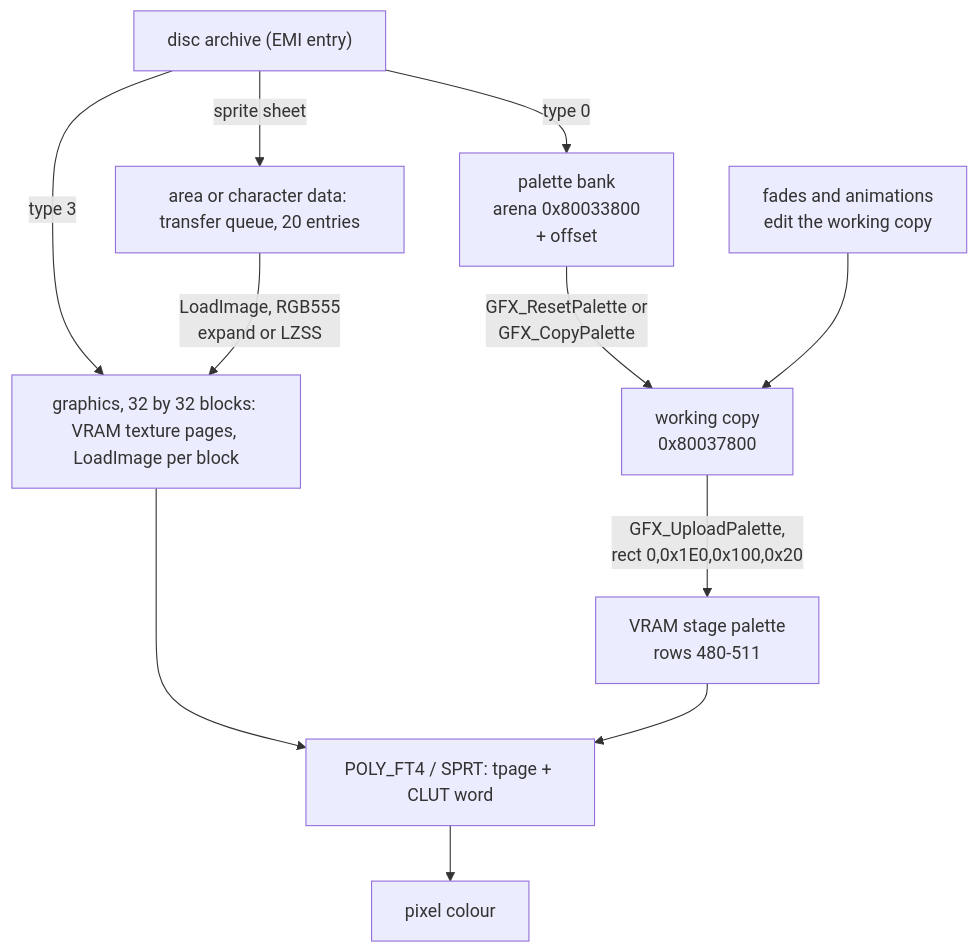
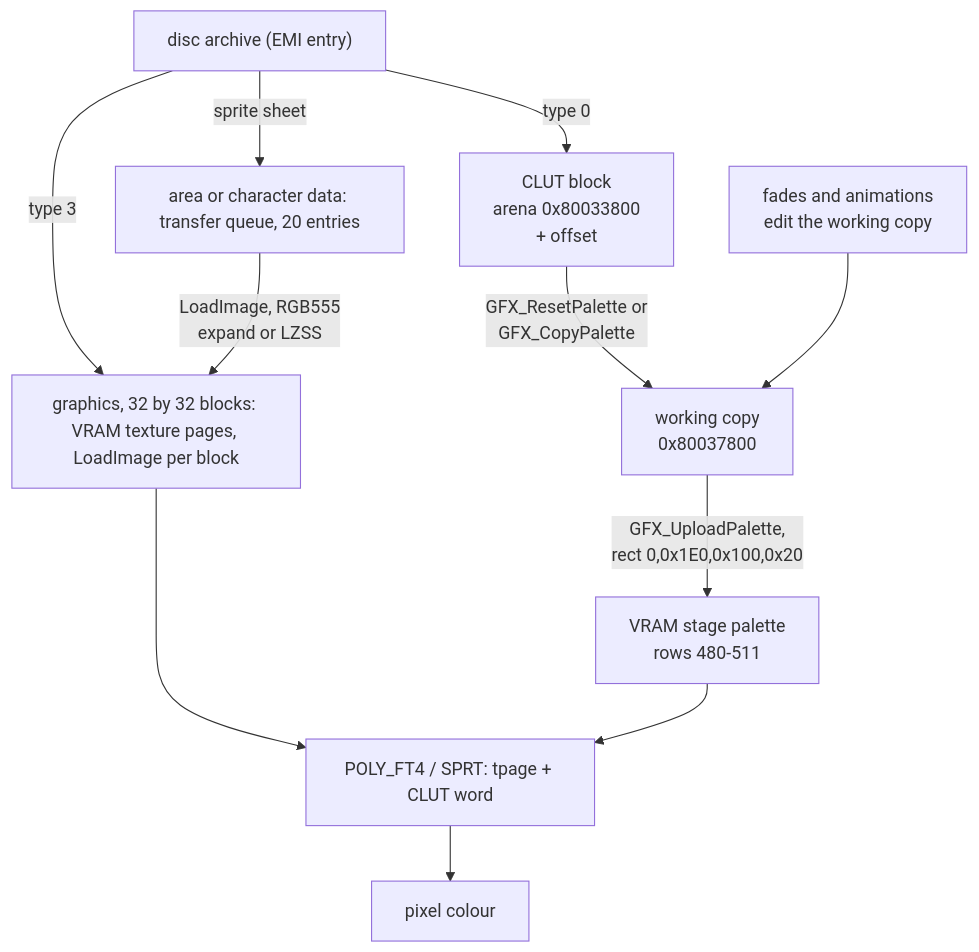
One commit to raulcorreia7/bof3-wiki changed the second of 2 diagrams in src/content/docs/systems/rendering.md. Above: the diagram before and after it, drawn with Mermaid. The commit also changed other lines of this file and 36 other files, not shown here.

````diff
--- a/src/content/docs/systems/rendering.md
+++ b/src/content/docs/systems/rendering.md
@@ -67,14 +67,14 @@
 ```mermaid
 flowchart TD
     D["disc archive (EMI entry)"]
-    D -->|"type 0"| P["palette bank<br/>arena 0x80033800<br/>+ offset"]
+    D -->|"type 0"| P["CLUT block<br/>arena 0x80033800<br/>+ offset"]
     D -->|"type 3"| V["graphics, 32 by 32 blocks: VRAM texture pages, LoadImage per block"]
     D -->|"sprite sheet"| Q["area or character data: transfer queue, 20 entries"]
     Q -->|"LoadImage, RGB555<br/>expand or LZSS"| V
     P -->|"GFX_ResetPalette or<br/>GFX_CopyPalette"| W["working copy<br/>0x80037800"]
     F["fades and animations<br/>edit the working copy"] --> W
     W -->|"GFX_UploadPalette,<br/>rect 0,0x1E0,0x100,0x20"| S["VRAM stage palette<br/>rows 480-511"]
     V --> X["POLY_FT4 / SPRT: tpage + CLUT word"]
     S --> X
     X --> G["pixel colour"]
 ```
````
